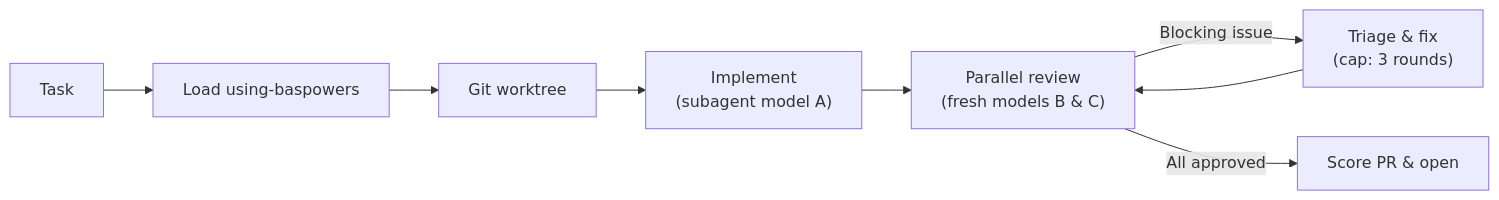
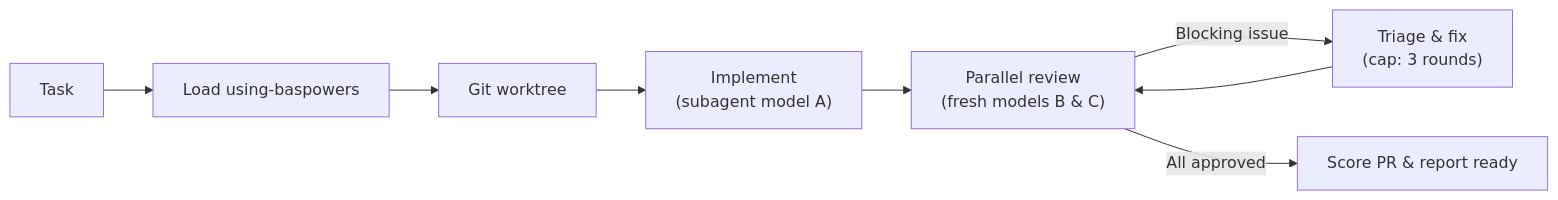
The diagram in dev-agent/README.md (mindroom-ai/example-agents), drawn with Mermaid before and after one commit. The commit also changed other lines of this file and 1 other file, not shown here.

````diff
--- a/dev-agent/README.md
+++ b/dev-agent/README.md
@@ -14,10 +14,10 @@
 ```mermaid
 flowchart LR
     T["Task"] --> B["Load using-baspowers"]
     B --> W["Git worktree"]
     W --> I["Implement<br/>(subagent model A)"]
     I --> R["Parallel review<br/>(fresh models B & C)"]
     R -->|Blocking issue| F["Triage & fix<br/>(cap: 3 rounds)"]
     F --> R
-    R -->|All approved| S["Score PR & open"]
+    R -->|All approved| S["Score PR & report ready"]
 ```
````
